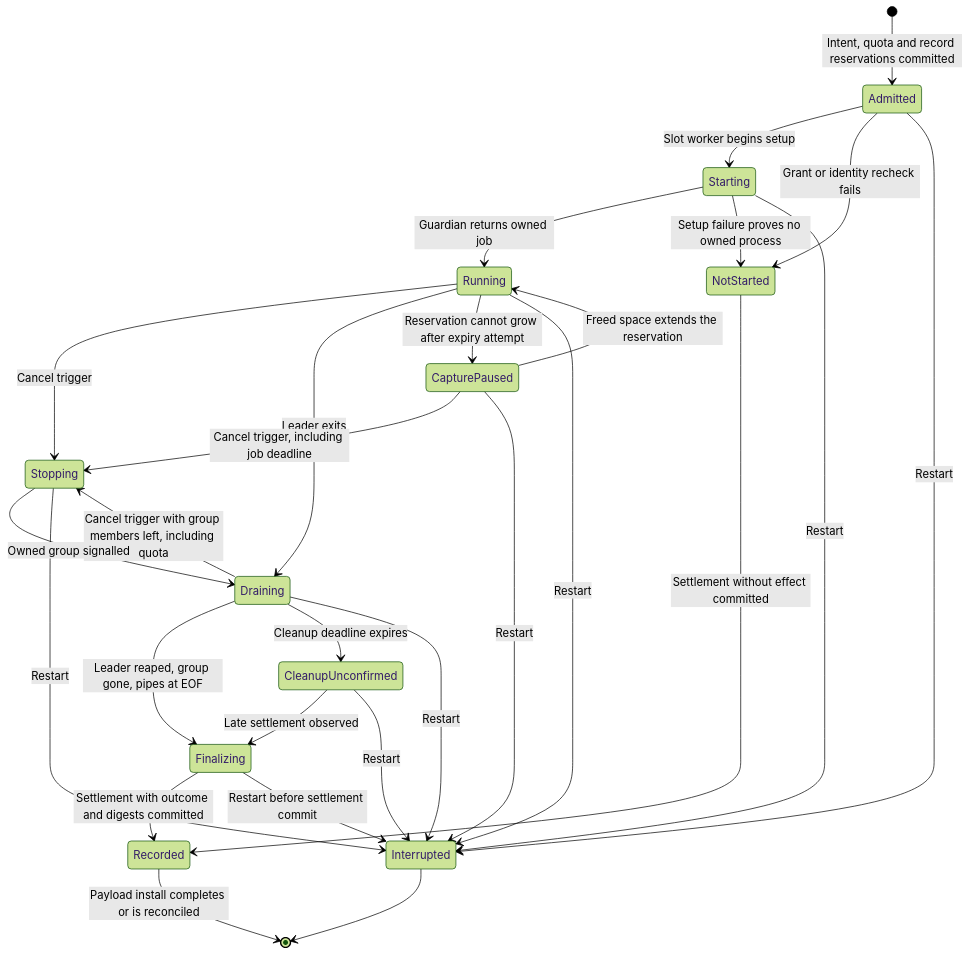
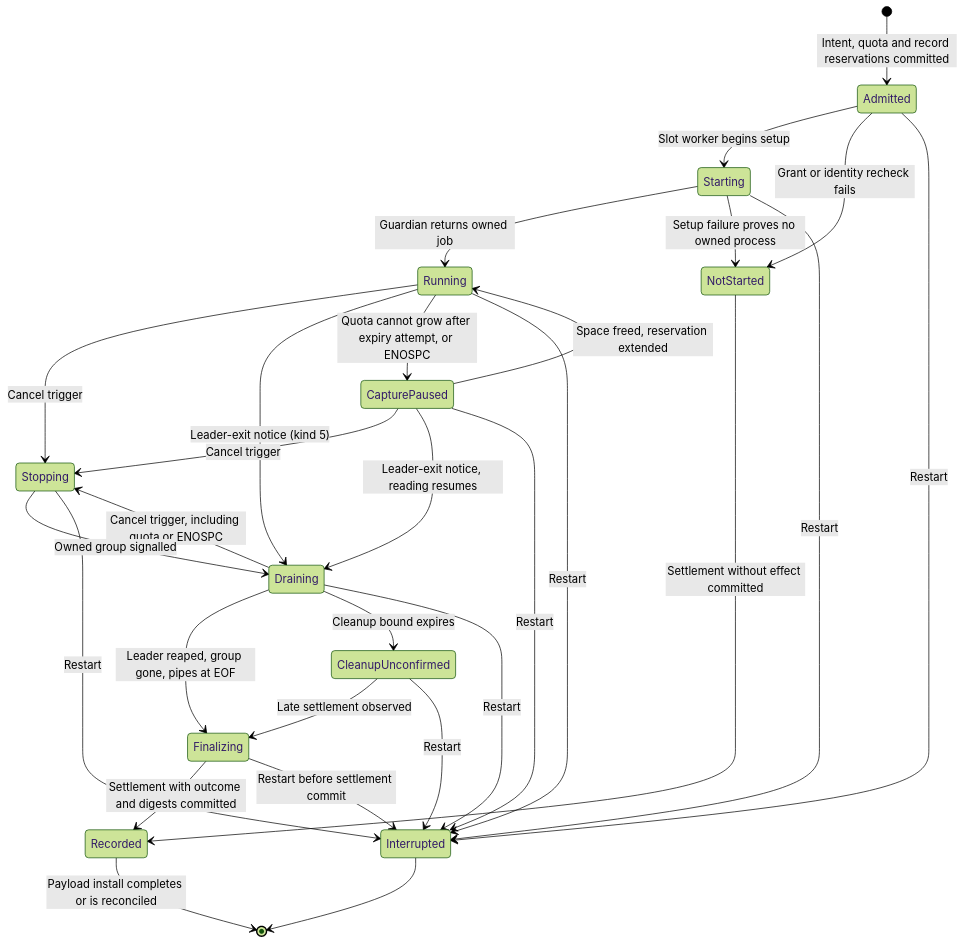
The fourth of 6 diagrams in docs/designs/tool-job-controller.md (pidster/asura), drawn with Mermaid (forest theme) before and after one commit. The commit also changed other lines of this file and 6 other files, not shown here.

````diff
--- a/docs/designs/tool-job-controller.md
+++ b/docs/designs/tool-job-controller.md
@@ -308,30 +390,31 @@
 ```mermaid
 stateDiagram-v2
     [*] --> Admitted: Intent, quota and record reservations committed
     Admitted --> Starting: Slot worker begins setup
     Admitted --> NotStarted: Grant or identity recheck fails
     Starting --> Running: Guardian returns owned job
     Starting --> NotStarted: Setup failure proves no owned process
     Running --> Stopping: Cancel trigger
-    Running --> Draining: Leader exits
-    Running --> CapturePaused: Reservation cannot grow after expiry attempt
-    CapturePaused --> Running: Freed space extends the reservation
-    CapturePaused --> Stopping: Cancel trigger, including job deadline
-    Draining --> Stopping: Cancel trigger with group members left, including quota
+    Running --> Draining: Leader-exit notice (kind 5)
+    Running --> CapturePaused: Quota cannot grow after expiry attempt, or ENOSPC
+    CapturePaused --> Running: Space freed, reservation extended
+    CapturePaused --> Stopping: Cancel trigger
+    CapturePaused --> Draining: Leader-exit notice, reading resumes
+    Draining --> Stopping: Cancel trigger, including quota or ENOSPC
     Stopping --> Draining: Owned group signalled
     Draining --> Finalizing: Leader reaped, group gone, pipes at EOF
-    Draining --> CleanupUnconfirmed: Cleanup deadline expires
+    Draining --> CleanupUnconfirmed: Cleanup bound expires
     CleanupUnconfirmed --> Finalizing: Late settlement observed
     NotStarted --> Recorded: Settlement without effect committed
     Finalizing --> Recorded: Settlement with outcome and digests committed
     Recorded --> [*]: Payload install completes or is reconciled
     Admitted --> Interrupted: Restart
     Starting --> Interrupted: Restart
     Running --> Interrupted: Restart
     CapturePaused --> Interrupted: Restart
     Stopping --> Interrupted: Restart
     Draining --> Interrupted: Restart
     CleanupUnconfirmed --> Interrupted: Restart
     Finalizing --> Interrupted: Restart before settlement commit
     Interrupted --> [*]
 ```
````
